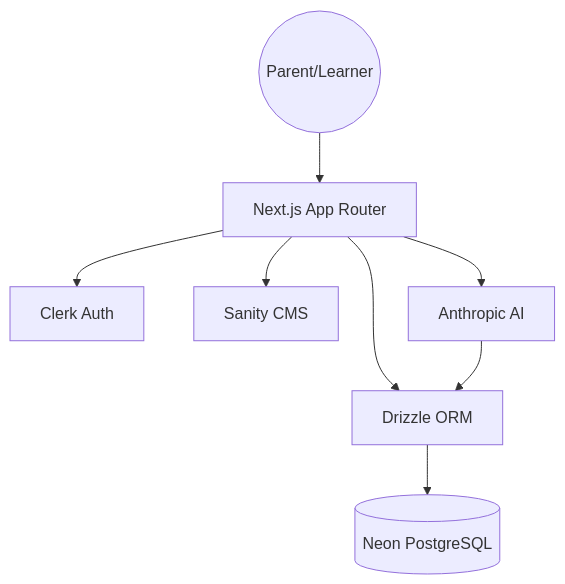
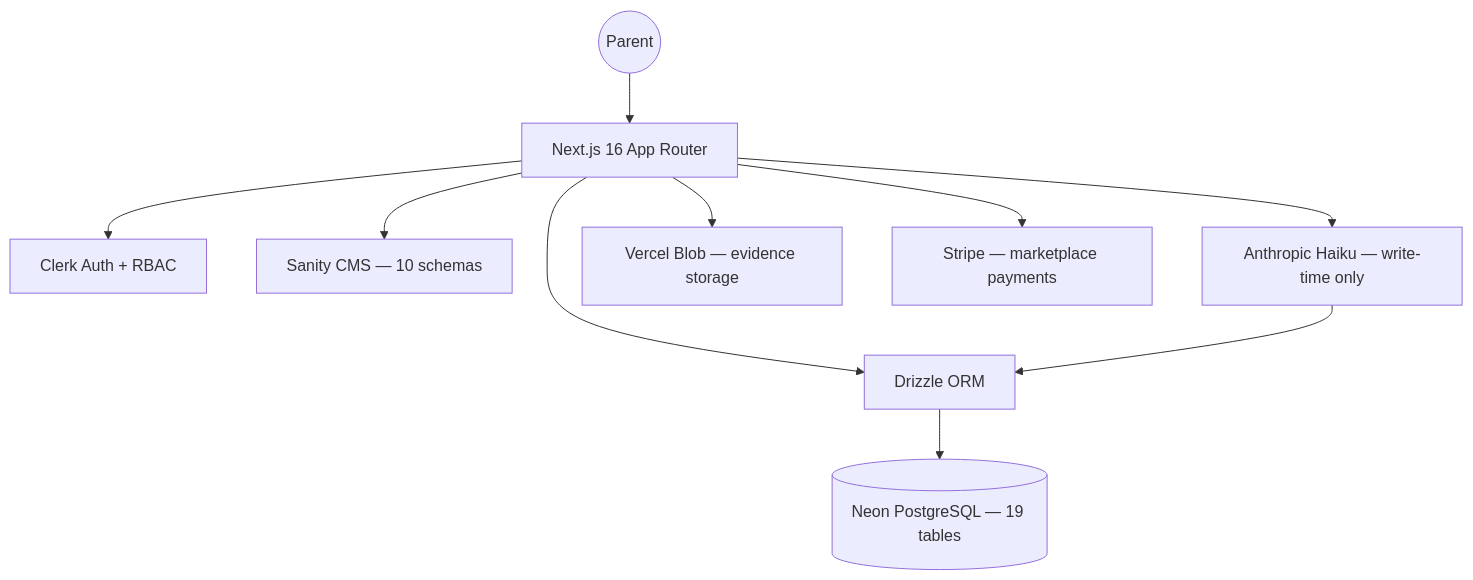
Before and after one commit to Glorptraag/hearth: the first of 2 diagrams in docs/system-map.md, drawn with Mermaid. The commit also changed other lines of this file and 5 other files, not shown here.

````diff
--- a/docs/system-map.md
+++ b/docs/system-map.md
@@ -52,10 +85,12 @@
 ```mermaid
 graph TD
-    User((Parent/Learner)) --> NextJS[Next.js App Router]
-    NextJS --> Clerk[Clerk Auth]
+    User((Parent)) --> NextJS[Next.js 16 App Router]
+    NextJS --> Clerk[Clerk Auth + RBAC]
     NextJS --> Drizzle[Drizzle ORM]
-    Drizzle --> Neon[(Neon PostgreSQL)]
-    NextJS --> Sanity[Sanity CMS]
-    NextJS --> AI[Anthropic AI]
+    Drizzle --> Neon[(Neon PostgreSQL — 19 tables)]
+    NextJS --> Sanity[Sanity CMS — 10 schemas]
+    NextJS --> AI[Anthropic Haiku — write-time only]
+    NextJS --> Blob[Vercel Blob — evidence storage]
+    NextJS --> Stripe[Stripe — marketplace payments]
     AI --> Drizzle
 ```
````
